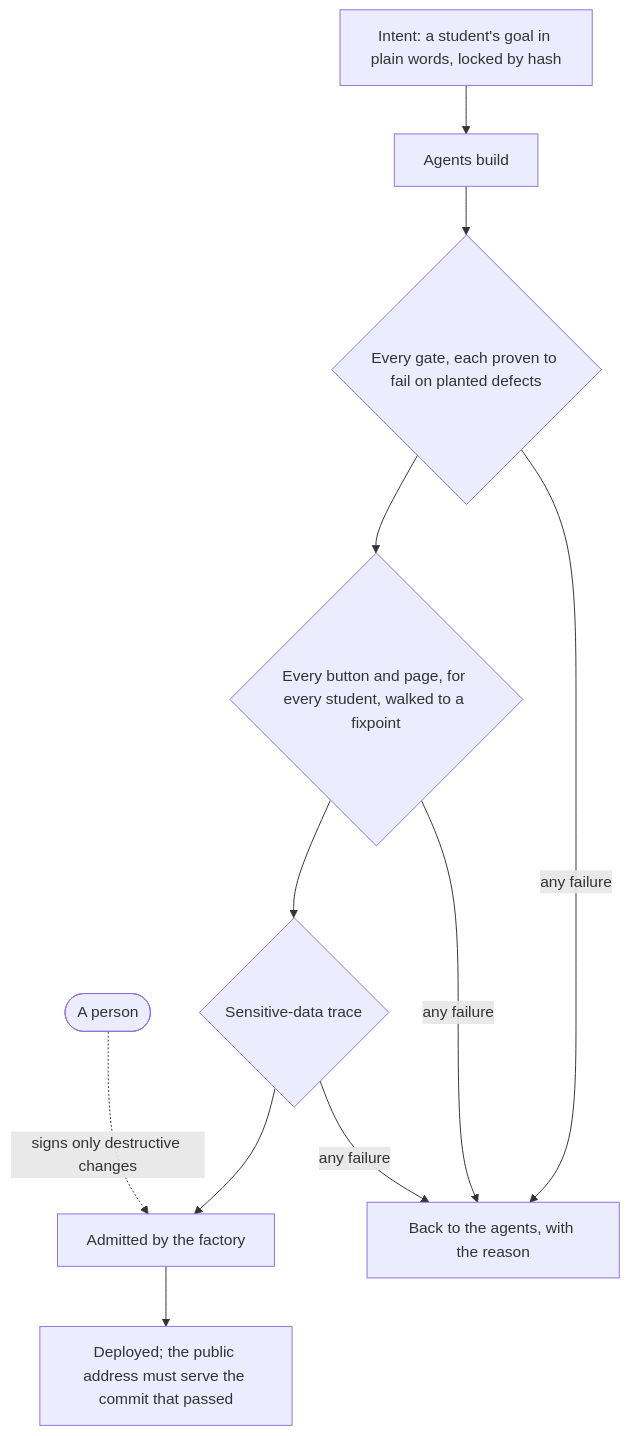
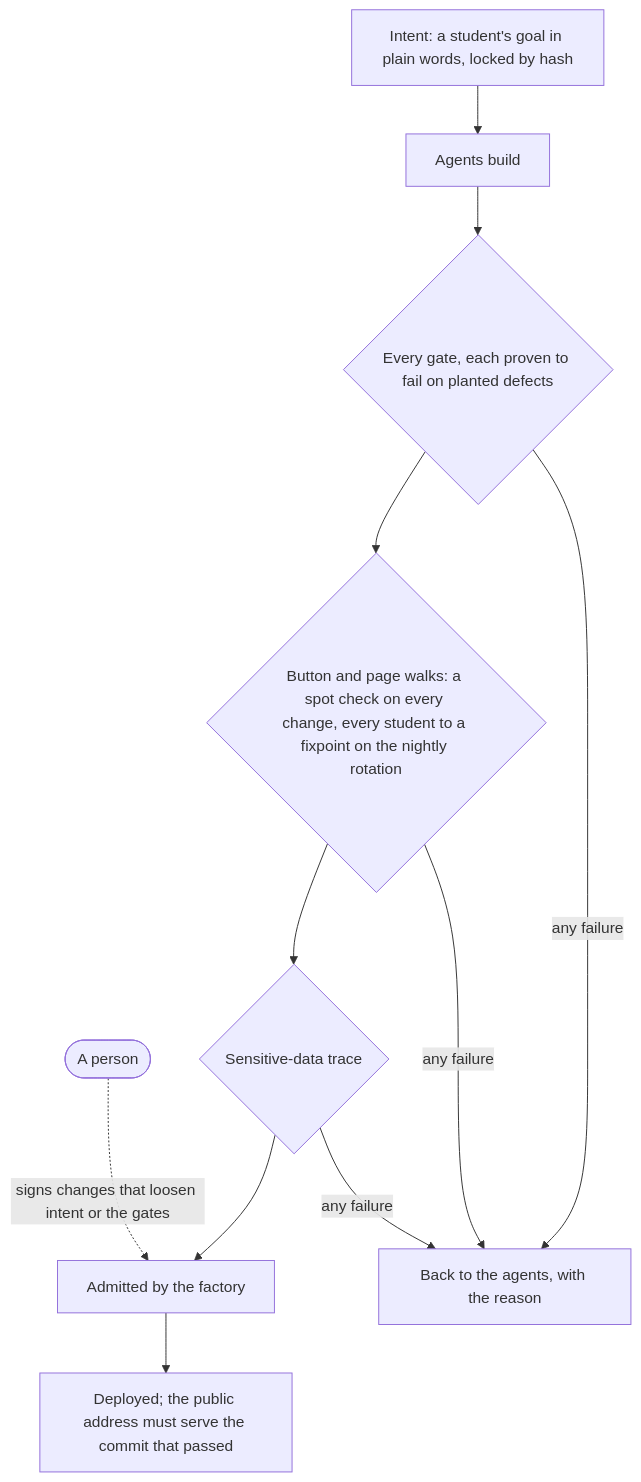
One commit to russlittle/ZTHR changed the third of 4 diagrams in writeups/the-case.md. Above: the diagram before and after it, drawn with Mermaid. The commit also changed other lines of this file and 3 other files, not shown here.

````diff
--- a/writeups/the-case.md
+++ b/writeups/the-case.md
@@ -86,11 +88,11 @@
 ```mermaid
 flowchart TB
   intent[Intent: a student's goal in plain words, locked by hash] --> build[Agents build]
   build --> gates{Every gate, each proven to fail on planted defects}
-  gates --> walks{Every button and page, for every student, walked to a fixpoint}
+  gates --> walks{Button and page walks: a spot check on every change, every student to a fixpoint on the nightly rotation}
   walks --> trace{Sensitive-data trace}
   trace --> admit[Admitted by the factory]
   admit --> serve[Deployed; the public address must serve the commit that passed]
   gates & walks & trace -- any failure --> back[Back to the agents, with the reason]
-  person([A person]) -. signs only destructive changes .-> admit
+  person([A person]) -. signs changes that loosen intent or the gates .-> admit
 ```
````
